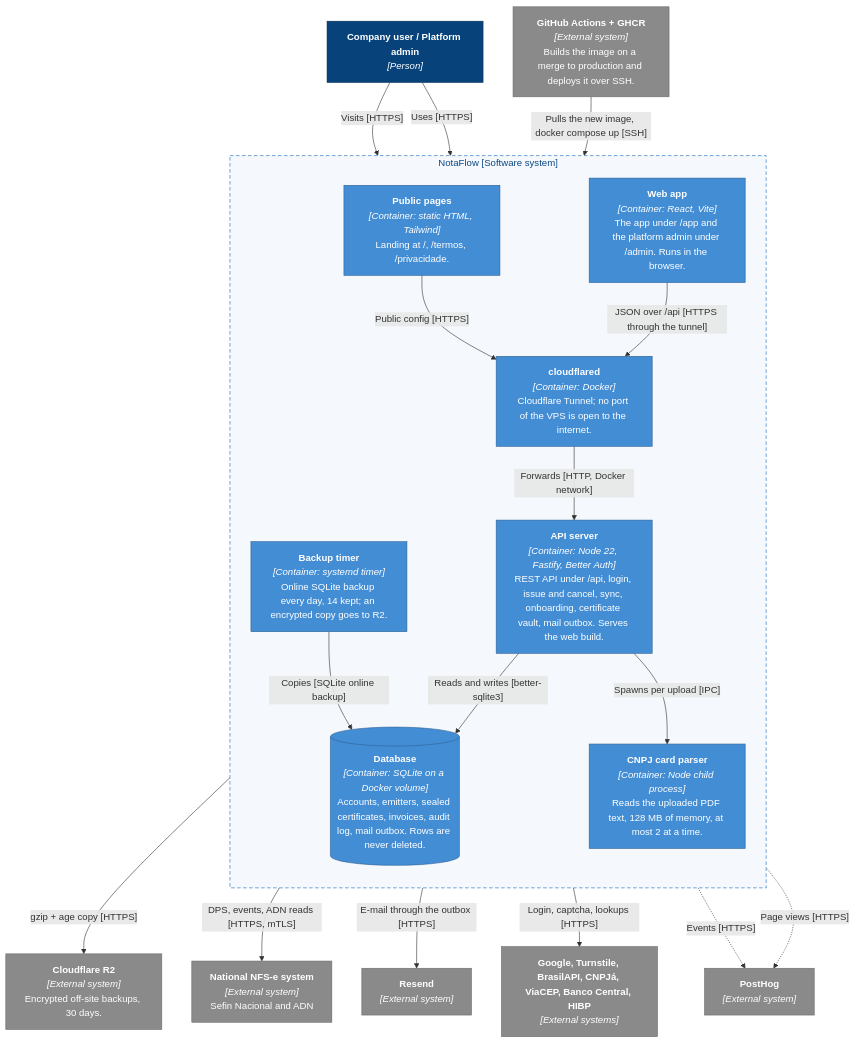
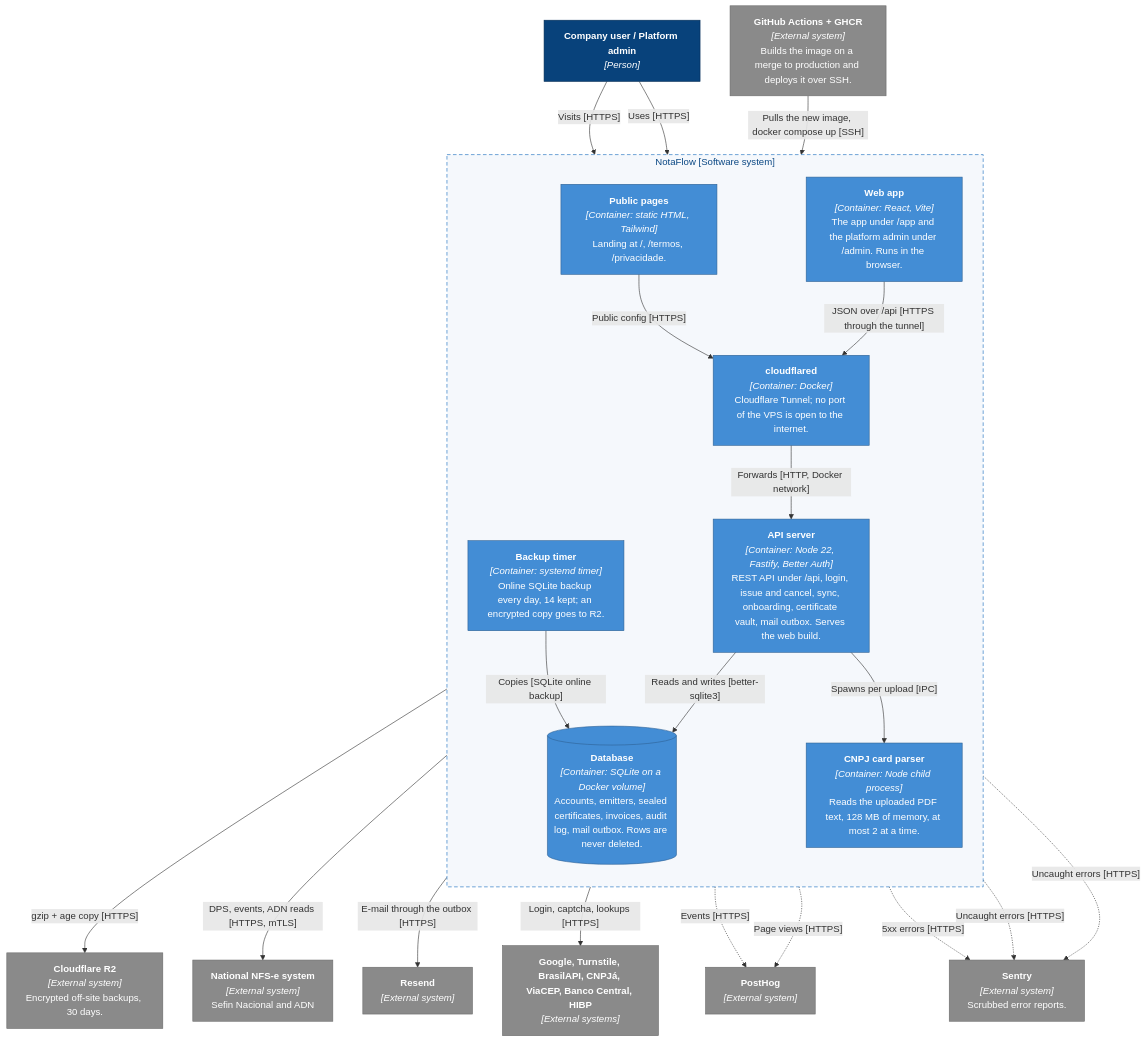
One commit to Vapulab/notaflow changed the diagram in docs/ENGINEERING/ARCHITECTURE/diagrams/c4-2-containers.mmd. Above: the diagram before and after it, drawn with Mermaid. The commit also changed 26 other files, not shown here.

First line of the commit message:
feat: error reports to Sentry, scrubbed of personal data

```diff
--- a/docs/ENGINEERING/ARCHITECTURE/diagrams/c4-2-containers.mmd
+++ b/docs/ENGINEERING/ARCHITECTURE/diagrams/c4-2-containers.mmd
@@ -1,47 +1,51 @@
 %% C4 level 2: containers of NotaFlow. Render with diagrams/render.html (see README.md).
 flowchart TB
   user["<b>Company user / Platform admin</b><br/><i>[Person]</i>"]
 
   subgraph boundary["NotaFlow [Software system]"]
     direction TB
     web["<b>Web app</b><br/><i>[Container: React, Vite]</i><br/>The app under /app and the platform admin under /admin. Runs in the browser."]
     pages["<b>Public pages</b><br/><i>[Container: static HTML, Tailwind]</i><br/>Landing at /, /termos, /privacidade."]
     tunnel["<b>cloudflared</b><br/><i>[Container: Docker]</i><br/>Cloudflare Tunnel; no port of the VPS is open to the internet."]
     server["<b>API server</b><br/><i>[Container: Node 22, Fastify, Better Auth]</i><br/>REST API under /api, login, issue and cancel, sync, onboarding, certificate vault, mail outbox. Serves the web build."]
     db[("<b>Database</b><br/><i>[Container: SQLite on a Docker volume]</i><br/>Accounts, emitters, sealed certificates, invoices, audit log, mail outbox. Rows are never deleted.")]
     backup["<b>Backup timer</b><br/><i>[Container: systemd timer]</i><br/>Online SQLite backup every day, 14 kept; an encrypted copy goes to R2."]
     cardworker["<b>CNPJ card parser</b><br/><i>[Container: Node child process]</i><br/>Reads the uploaded PDF text, 128 MB of memory, at most 2 at a time."]
   end
 
   nacional["<b>National NFS-e system</b><br/><i>[External system]</i><br/>Sefin Nacional and ADN"]
   resend["<b>Resend</b><br/><i>[External system]</i>"]
   others["<b>Google, Turnstile, BrasilAPI, CNPJá, ViaCEP, Banco Central, HIBP</b><br/><i>[External systems]</i>"]
   posthog["<b>PostHog</b><br/><i>[External system]</i>"]
+  sentry["<b>Sentry</b><br/><i>[External system]</i><br/>Scrubbed error reports."]
   r2["<b>Cloudflare R2</b><br/><i>[External system]</i><br/>Encrypted off-site backups, 30 days."]
   ci["<b>GitHub Actions + GHCR</b><br/><i>[External system]</i><br/>Builds the image on a merge to production and deploys it over SSH."]
 
   user -- "Visits [HTTPS]" --> pages
   user -- "Uses [HTTPS]" --> web
   web -- "JSON over /api [HTTPS through the tunnel]" --> tunnel
   pages -- "Public config [HTTPS]" --> tunnel
   tunnel -- "Forwards [HTTP, Docker network]" --> server
   server -- "Reads and writes [better-sqlite3]" --> db
   server -- "Spawns per upload [IPC]" --> cardworker
   backup -- "Copies [SQLite online backup]" --> db
   backup -- "gzip + age copy [HTTPS]" --> r2
   server -- "DPS, events, ADN reads [HTTPS, mTLS]" --> nacional
   server -- "E-mail through the outbox [HTTPS]" --> resend
   server -- "Login, captcha, lookups [HTTPS]" --> others
   web -. "Events [HTTPS]" .-> posthog
   pages -. "Page views [HTTPS]" .-> posthog
+  server -. "5xx errors [HTTPS]" .-> sentry
+  web -. "Uncaught errors [HTTPS]" .-> sentry
+  pages -. "Uncaught errors [HTTPS]" .-> sentry
   ci -- "Pulls the new image, docker compose up [SSH]" --> server
 
   classDef person fill:#08427b,stroke:#052e56,color:#fff
   classDef container fill:#438dd5,stroke:#2e6295,color:#fff
   classDef db fill:#438dd5,stroke:#2e6295,color:#fff
   classDef external fill:#8a8a8a,stroke:#6b6b6b,color:#fff
   class user person
   class web,pages,tunnel,server,backup,cardworker container
   class db db
-  class nacional,resend,others,posthog,ci,r2 external
+  class nacional,resend,others,posthog,sentry,ci,r2 external
   style boundary fill:#f5f8fc,stroke:#1168bd,stroke-dasharray:6 4,color:#0b4884
```
